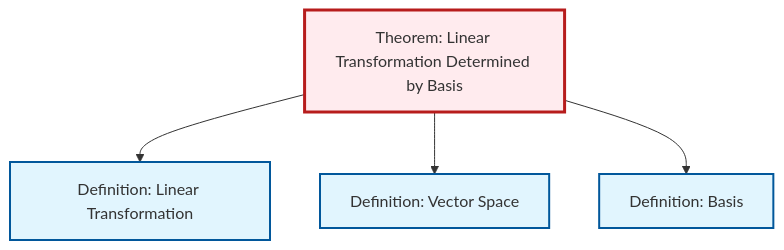
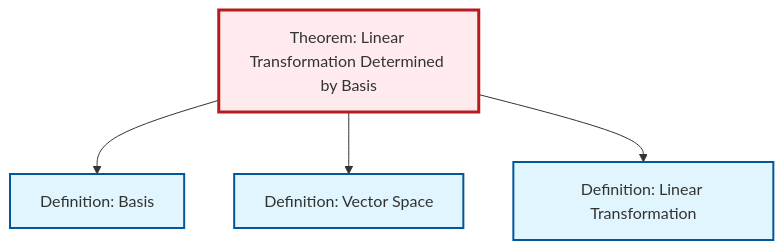
One commit to RK0429/ModernMath changed the diagram in content/en/algebra/thm-linear-transformation-basis.qmd. Above: the diagram before and after it, drawn with Mermaid. The commit also changed other lines of this file and 474 other files, not shown here.

````diff
--- a/content/en/algebra/thm-linear-transformation-basis.qmd
+++ b/content/en/algebra/thm-linear-transformation-basis.qmd
@@ -47,20 +47,20 @@
 ```{mermaid}
 %%| fig-cap: "Local dependency graph"
 graph TD
     classDef definition fill:#e1f5fe,stroke:#01579b,stroke-width:2px
     classDef theorem fill:#f3e5f5,stroke:#4a148c,stroke-width:2px
     classDef axiom fill:#fff3e0,stroke:#e65100,stroke-width:2px
     classDef example fill:#e8f5e9,stroke:#1b5e20,stroke-width:2px
     classDef current fill:#ffebee,stroke:#b71c1c,stroke-width:3px
     thm-linear-transformation-basis["Theorem: Linear Transformation Determined by Basis"]:::theorem
+    def-vector-space["Definition: Vector Space"]:::definition
     def-basis["Definition: Basis"]:::definition
-    def-vector-space["Definition: Vector Space"]:::definition
     def-linear-transformation["Definition: Linear Transformation"]:::definition
+    thm-linear-transformation-basis --> def-basis
+    thm-linear-transformation-basis --> def-vector-space
     thm-linear-transformation-basis --> def-linear-transformation
-    thm-linear-transformation-basis --> def-vector-space
-    thm-linear-transformation-basis --> def-basis
     class thm-linear-transformation-basis current
+    click def-vector-space "def-vector-space.html" "Go to Vector Space definition"
     click def-basis "def-basis.html" "Go to Basis definition"
-    click def-vector-space "def-vector-space.html" "Go to Vector Space definition"
     click def-linear-transformation "def-linear-transformation.html" "Go to Linear Transformation definition"
 ```
````
